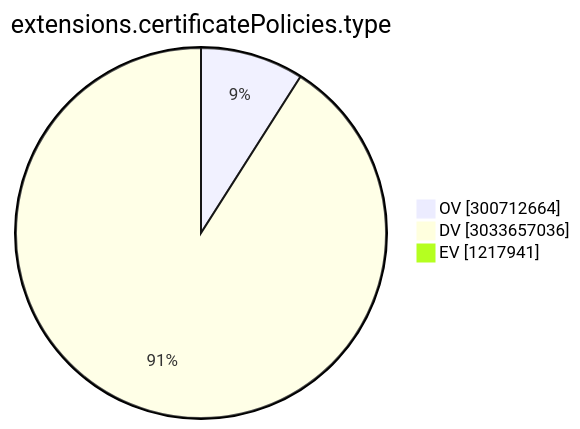
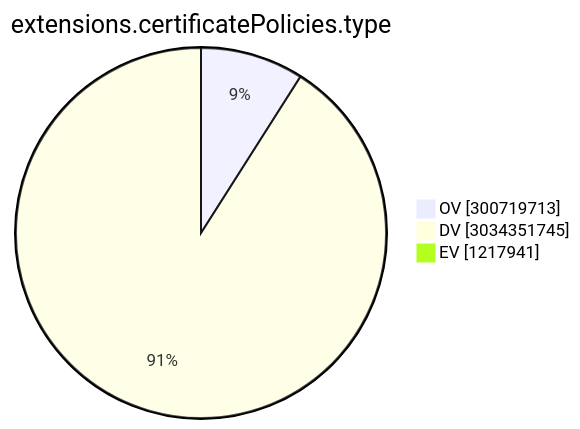
The ninth of 15 diagrams in TOTAL/README.md (christiankrug/ctmonitor_visualization), drawn with Mermaid before and after one commit. The commit also changed other lines of this file, not shown here.

````diff
--- a/TOTAL/README.md
+++ b/TOTAL/README.md
@@ -3102,7 +3102,7 @@
 ```mermaid
 pie showData
 title extensions.certificatePolicies.type
-"OV" :300712664
-"DV" :3033657036
+"OV" :300719713
+"DV" :3034351745
 "EV" :1217941
 ```
````
